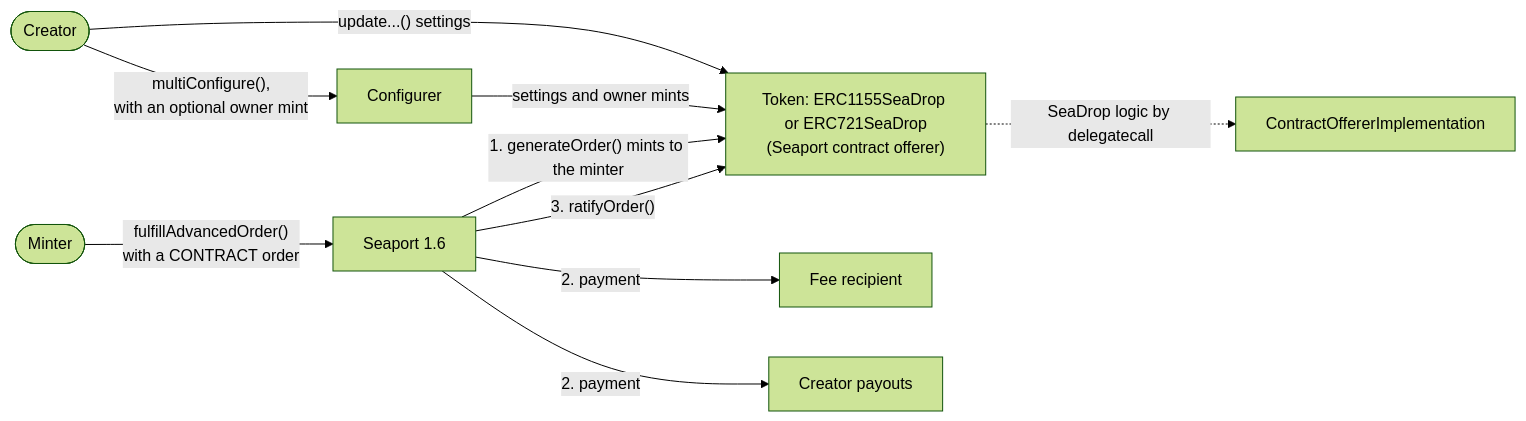
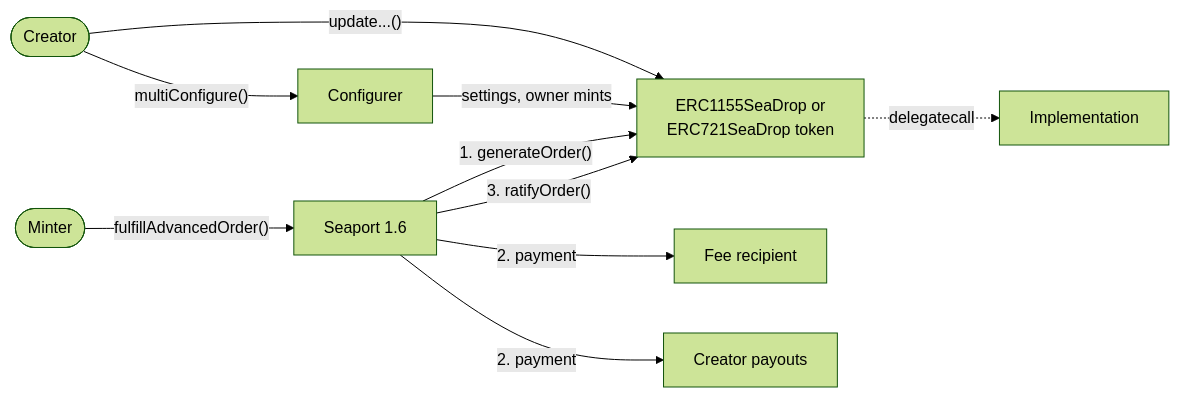
Before and after one commit to ProjectOpenSea/seadrop: the diagram in README.md, drawn with Mermaid (forest theme). The commit also changed other lines of this file, not shown here.

Commit message:
Shorten the diagram labels

````diff
--- a/README.md
+++ b/README.md
@@ -42,12 +42,12 @@
 ```mermaid
 flowchart LR
-    creator([Creator]) -->|"update...() settings"| token["Token: ERC1155SeaDrop or ERC721SeaDrop<br/>(Seaport contract offerer)"]
-    creator -->|"multiConfigure(),<br/>with an optional owner mint"| configurer["Configurer"]
-    configurer -->|"settings and owner mints"| token
-    minter([Minter]) -->|"fulfillAdvancedOrder()<br/>with a CONTRACT order"| seaport["Seaport 1.6"]
-    seaport -->|"1. generateOrder() mints to the minter"| token
+    creator([Creator]) -->|"update...()"| token["ERC1155SeaDrop or<br/>ERC721SeaDrop token"]
+    creator -->|"multiConfigure()"| configurer["Configurer"]
+    configurer -->|"settings, owner mints"| token
+    minter([Minter]) -->|"fulfillAdvancedOrder()"| seaport["Seaport 1.6"]
+    seaport -->|"1. generateOrder()"| token
     seaport -->|"2. payment"| fee["Fee recipient"]
     seaport -->|"2. payment"| payouts["Creator payouts"]
     seaport -->|"3. ratifyOrder()"| token
-    token -.->|"SeaDrop logic by delegatecall"| impl["ContractOffererImplementation"]
+    token -.->|"delegatecall"| impl["Implementation"]
 ```
````
